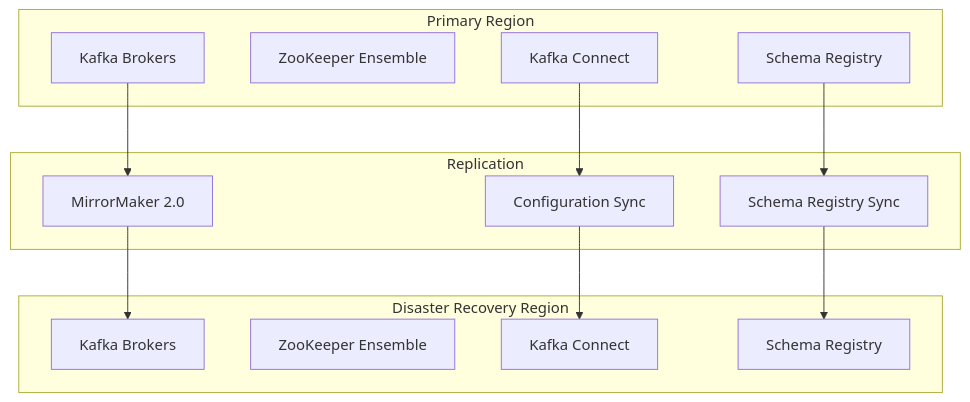
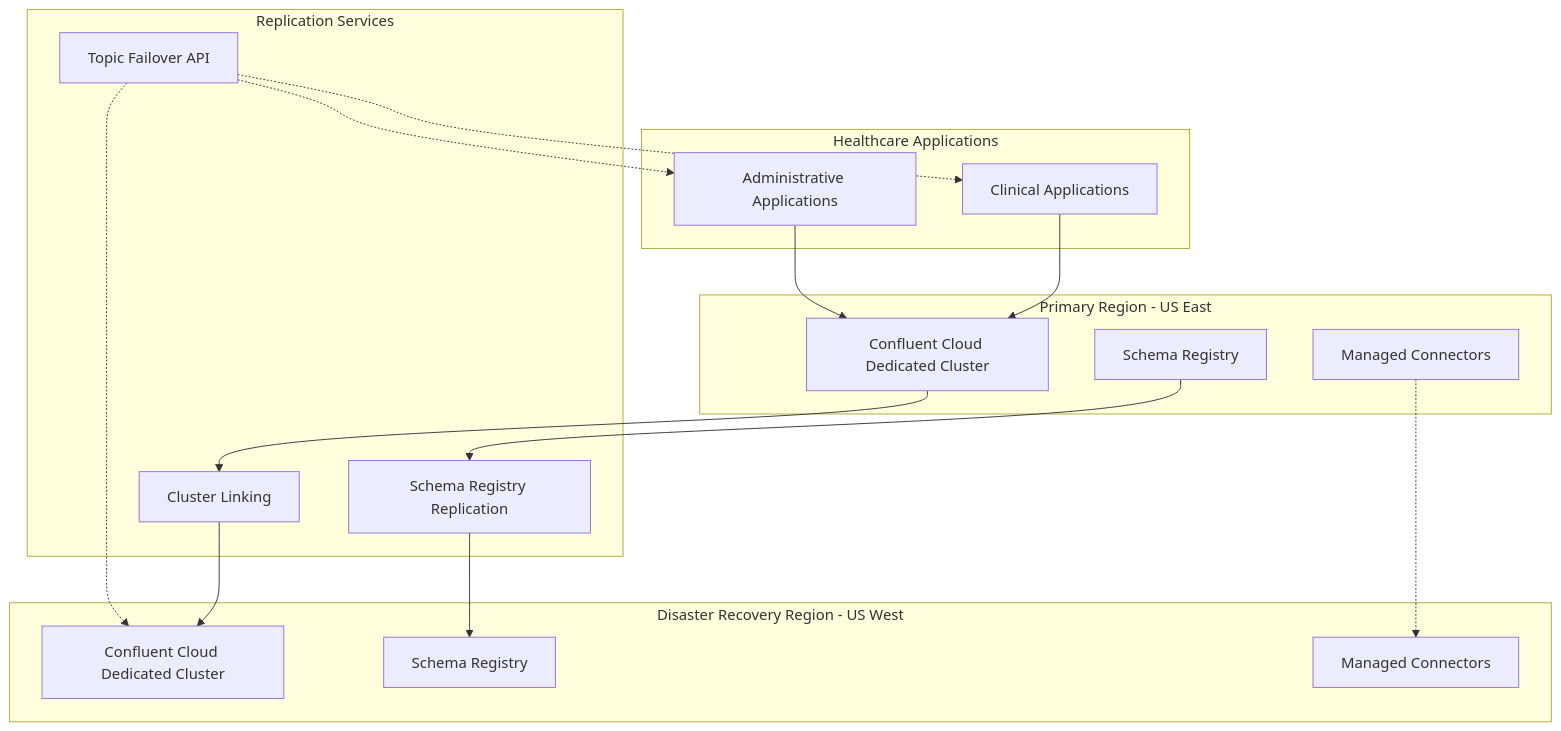
The first of 3 diagrams in docs/architecture/core_components/event-broker/05-operations/disaster-recovery.md (ryan-norman-cmm/cmm-reference-architecture), drawn with Mermaid before and after one commit. The commit also changed other lines of this file and 32 other files, not shown here.

````diff
--- a/docs/architecture/core_components/event-broker/05-operations/disaster-recovery.md
+++ b/docs/architecture/core_components/event-broker/05-operations/disaster-recovery.md
@@ -11,31 +11,40 @@
 ```mermaid
 flowchart TB
-    subgraph "Primary Region"
-        PrimaryBrokers["Kafka Brokers"]
-        PrimaryZK["ZooKeeper Ensemble"]
-        PrimaryConnect["Kafka Connect"]
+    subgraph "Primary Region - US East"
+        PrimaryCluster["Confluent Cloud Dedicated Cluster"]
         PrimarySchema["Schema Registry"]
+        PrimaryConnect["Managed Connectors"]
     end
     
-    subgraph "Disaster Recovery Region"
-        DRBrokers["Kafka Brokers"]
-        DRZK["ZooKeeper Ensemble"]
-        DRConnect["Kafka Connect"]
+    subgraph "Disaster Recovery Region - US West"
+        DRCluster["Confluent Cloud Dedicated Cluster"]
         DRSchema["Schema Registry"]
+        DRConnect["Managed Connectors"]
     end
     
-    subgraph "Replication"
-        MirrorMaker["MirrorMaker 2.0"]
-        SchemaSync["Schema Registry Sync"]
-        ConfigSync["Configuration Sync"]
+    subgraph "Replication Services"
+        ClusterLink["Cluster Linking"]
+        SchemaSync["Schema Registry Replication"]
+        TopicFailover["Topic Failover API"]
     end
     
-    PrimaryBrokers --> MirrorMaker
-    MirrorMaker --> DRBrokers
+    PrimaryCluster --> ClusterLink
+    ClusterLink --> DRCluster
     
     PrimarySchema --> SchemaSync
     SchemaSync --> DRSchema
     
-    PrimaryConnect --> ConfigSync
-    ConfigSync --> DRConnect
+    PrimaryConnect -.-> DRConnect
+    
+    subgraph "Healthcare Applications"
+        ClinicalApps["Clinical Applications"]
+        AdminApps["Administrative Applications"]
+    end
+    
+    ClinicalApps --> PrimaryCluster
+    AdminApps --> PrimaryCluster
+    
+    TopicFailover -.-> ClinicalApps
+    TopicFailover -.-> AdminApps
+    TopicFailover -.-> DRCluster
 ```
````
